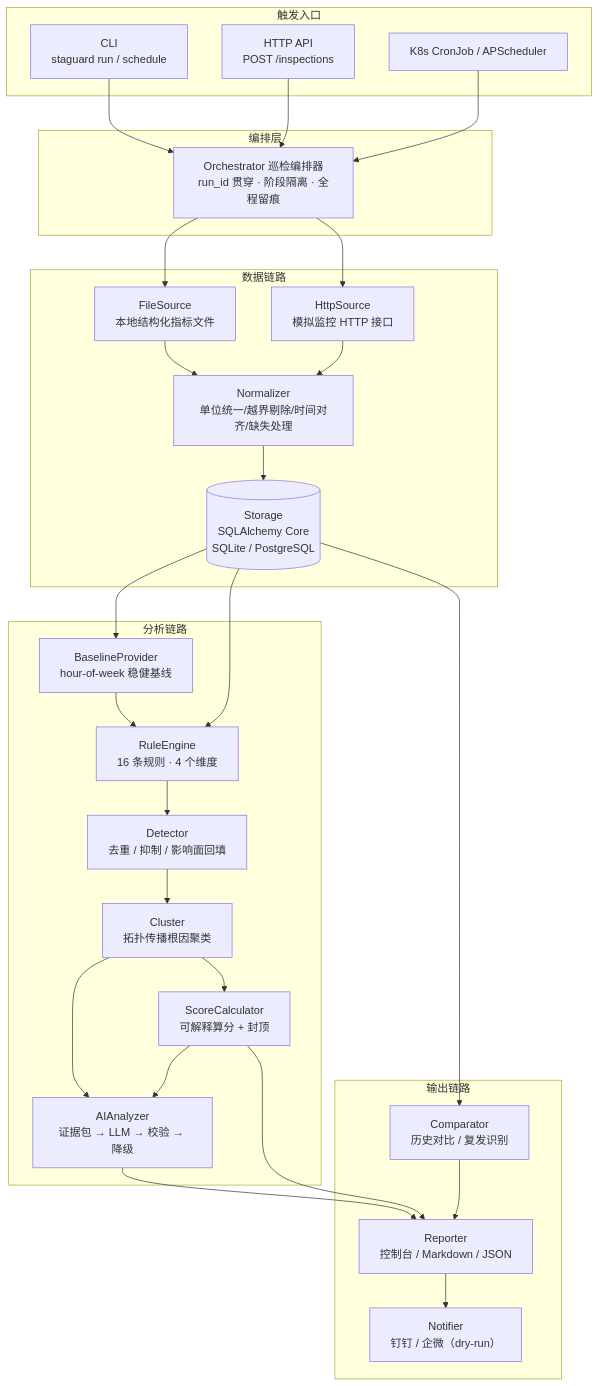
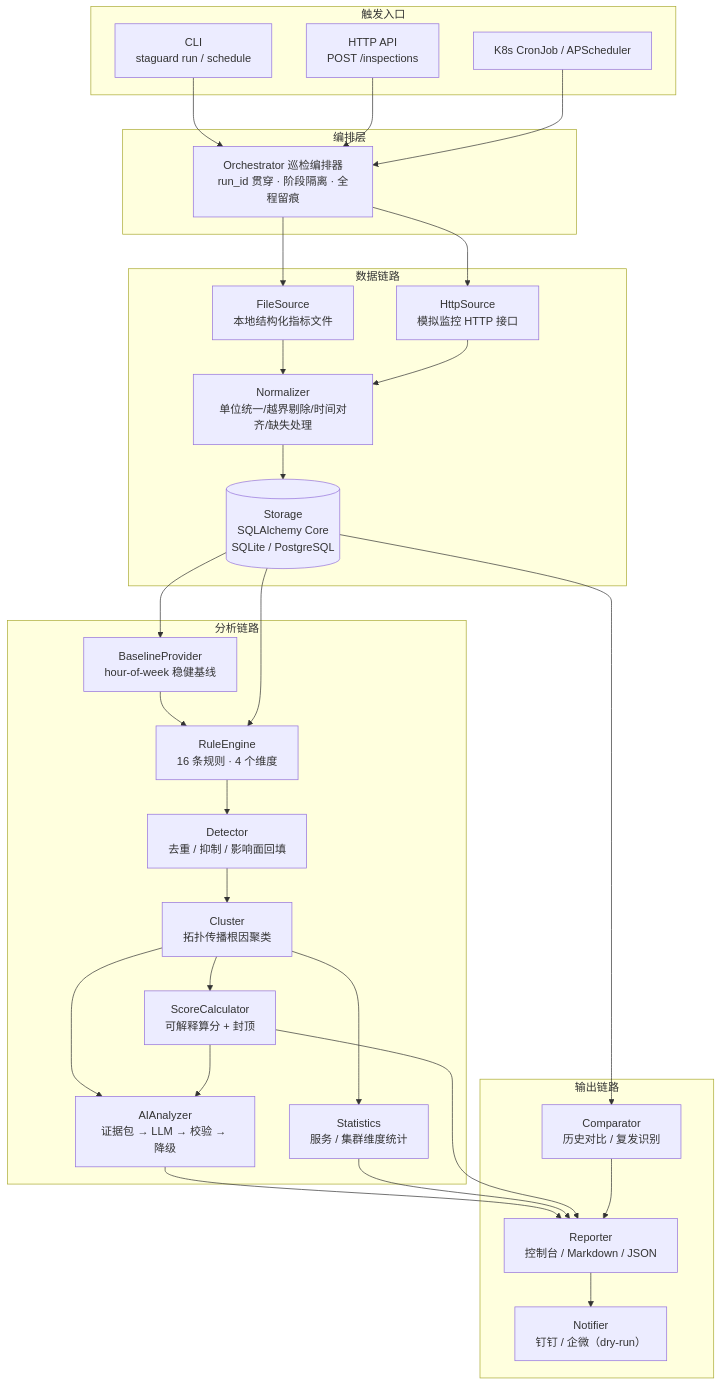
Before and after one commit to YTIANYE/StaGuardAgent: the first of 2 diagrams in docs/01-设计文档.md, drawn with Mermaid. The commit also changed other lines of this file and 4 other files, not shown here.

````diff
--- a/docs/01-设计文档.md
+++ b/docs/01-设计文档.md
@@ -9,56 +9,59 @@
 ```mermaid
 flowchart TB
     subgraph 触发入口
         CLI["CLI<br/>staguard run / schedule"]
         API["HTTP API<br/>POST /inspections"]
         CRON["K8s CronJob / APScheduler"]
     end
 
     subgraph 编排层
         ORCH["Orchestrator 巡检编排器<br/>run_id 贯穿 · 阶段隔离 · 全程留痕"]
     end
 
     subgraph 数据链路
         SRC1["FileSource<br/>本地结构化指标文件"]
         SRC2["HttpSource<br/>模拟监控 HTTP 接口"]
         NORM["Normalizer<br/>单位统一/越界剔除/时间对齐/缺失处理"]
         STORE[("Storage<br/>SQLAlchemy Core<br/>SQLite / PostgreSQL")]
     end
 
     subgraph 分析链路
         BASE["BaselineProvider<br/>hour-of-week 稳健基线"]
         RULES["RuleEngine<br/>16 条规则 · 4 个维度"]
         DEDUP["Detector<br/>去重 / 抑制 / 影响面回填"]
         CLUSTER["Cluster<br/>拓扑传播根因聚类"]
+        STATS["Statistics<br/>服务 / 集群维度统计"]
         SCORE["ScoreCalculator<br/>可解释算分 + 封顶"]
         AI["AIAnalyzer<br/>证据包 → LLM → 校验 → 降级"]
     end
 
     subgraph 输出链路
         REP["Reporter<br/>控制台 / Markdown / JSON"]
         CMP["Comparator<br/>历史对比 / 复发识别"]
         NOTIFY["Notifier<br/>钉钉 / 企微（dry-run）"]
     end
 
     CLI --> ORCH
     API --> ORCH
     CRON --> ORCH
     ORCH --> SRC1
     ORCH --> SRC2
     SRC1 --> NORM
     SRC2 --> NORM
     NORM --> STORE
     STORE --> BASE
     BASE --> RULES
     STORE --> RULES
     RULES --> DEDUP
     DEDUP --> CLUSTER
+    CLUSTER --> STATS
     CLUSTER --> SCORE
     CLUSTER --> AI
     SCORE --> AI
     AI --> REP
+    STATS --> REP
     SCORE --> REP
     STORE --> CMP
     CMP --> REP
     REP --> NOTIFY
 ```
````
